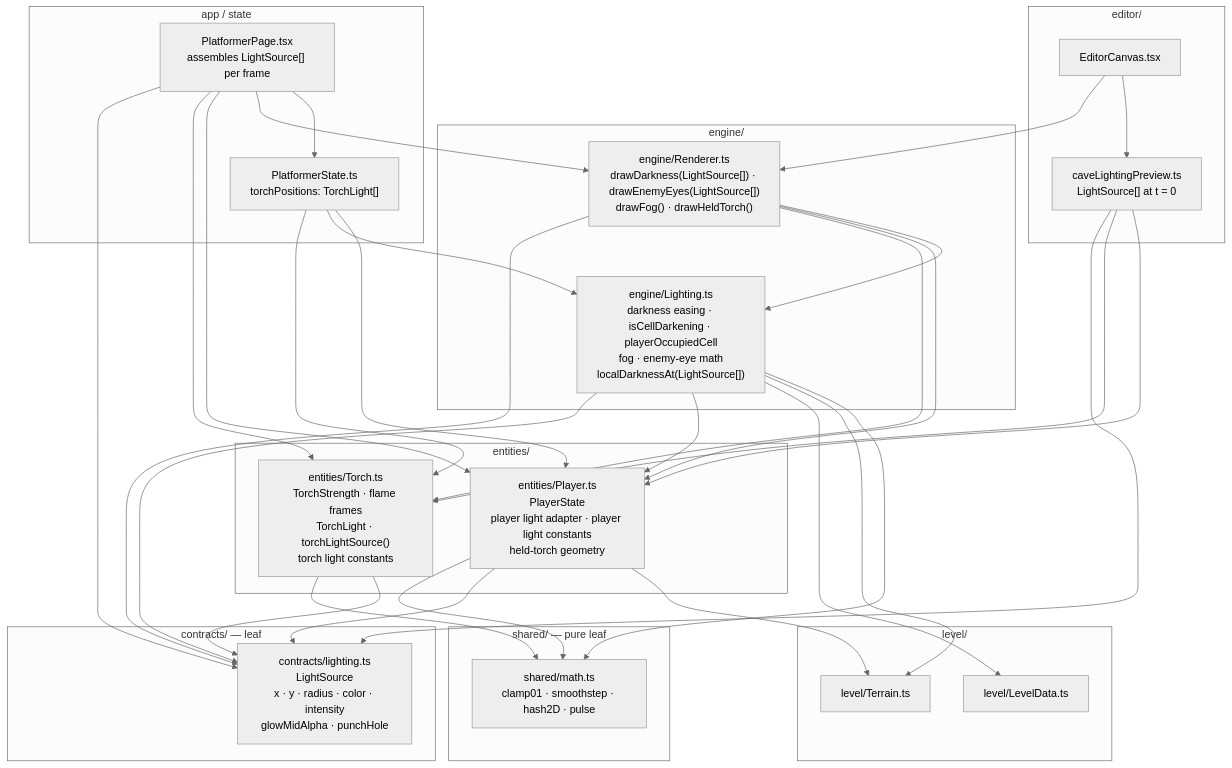
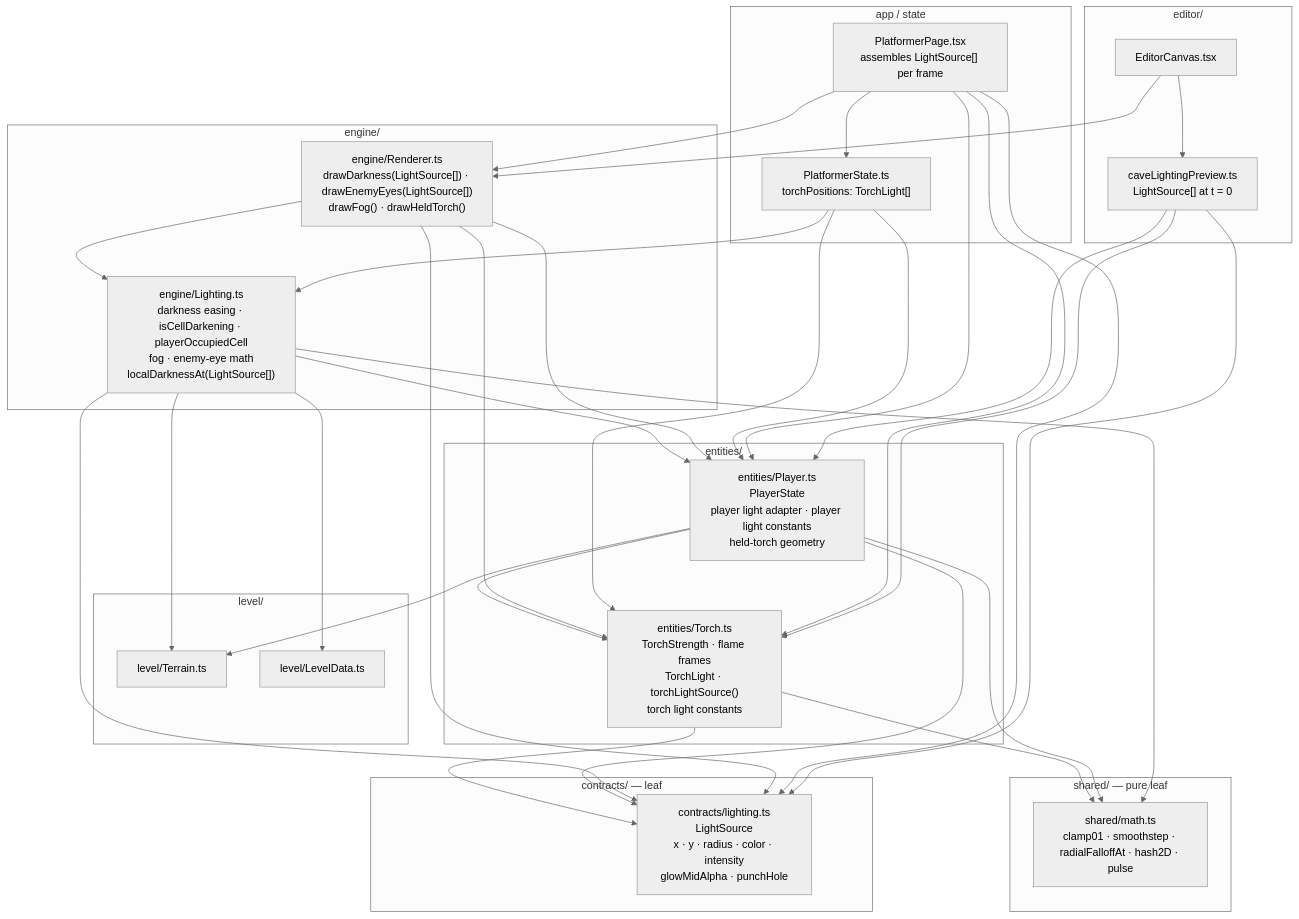
The second of 2 diagrams in specs/R-003-platformer-abstract-light-sources/lighting-dependencies.md (garcipat/cv-website), drawn with Mermaid (neutral theme) before and after one commit. The commit also changed other lines of this file and 26 other files, not shown here.

First line of the commit message:
R-003: abstract light sources (one LightSource list, torch/player adapters)

````diff
--- a/specs/R-003-platformer-abstract-light-sources/lighting-dependencies.md
+++ b/specs/R-003-platformer-abstract-light-sources/lighting-dependencies.md
@@ -80,63 +80,64 @@
 ```mermaid
 flowchart TB
   subgraph shared["shared/ — pure leaf"]
-    MATH["shared/math.ts<br/>clamp01 · smoothstep · hash2D · pulse"]
+    MATH["shared/math.ts<br/>clamp01 · smoothstep · radialFalloffAt · hash2D · pulse"]
   end
 
   subgraph contracts["contracts/ — leaf"]
     CLIGHT["contracts/lighting.ts<br/>LightSource<br/>x · y · radius · color · intensity<br/>glowMidAlpha · punchHole"]
   end
 
   subgraph level["level/"]
     TERRAIN["level/Terrain.ts"]
     LDATA["level/LevelData.ts"]
   end
 
   subgraph entities["entities/"]
     TORCH["entities/Torch.ts<br/>TorchStrength · flame frames<br/>TorchLight · torchLightSource()<br/>torch light constants"]
     PLAYER["entities/Player.ts<br/>PlayerState<br/>player light adapter · player light constants<br/>held-torch geometry"]
   end
 
   subgraph engine["engine/"]
     LIGHTING["engine/Lighting.ts<br/>darkness easing · isCellDarkening · playerOccupiedCell<br/>fog · enemy-eye math<br/>localDarknessAt(LightSource[])"]
     RENDERER["engine/Renderer.ts<br/>drawDarkness(LightSource[]) · drawEnemyEyes(LightSource[])<br/>drawFog() · drawHeldTorch()"]
   end
 
   subgraph app["app / state"]
     STATE["PlatformerState.ts<br/>torchPositions: TorchLight[]"]
     PAGE["PlatformerPage.tsx<br/>assembles LightSource[] per frame"]
   end
 
   subgraph editor["editor/"]
     PREVIEW["caveLightingPreview.ts<br/>LightSource[] at t = 0"]
     CANVAS["EditorCanvas.tsx"]
   end
 
   TORCH --> MATH
   TORCH --> CLIGHT
+  PLAYER --> TORCH
   PLAYER --> MATH
   PLAYER --> CLIGHT
   PLAYER --> TERRAIN
   LIGHTING --> CLIGHT
   LIGHTING --> PLAYER
   LIGHTING --> LDATA
   LIGHTING --> TERRAIN
   LIGHTING --> MATH
   RENDERER --> CLIGHT
   RENDERER --> TORCH
   RENDERER --> PLAYER
   RENDERER --> LIGHTING
   STATE --> TORCH
   STATE --> LIGHTING
   STATE --> PLAYER
   PAGE --> CLIGHT
   PAGE --> TORCH
   PAGE --> PLAYER
   PAGE --> RENDERER
   PAGE --> STATE
   PREVIEW --> CLIGHT
   PREVIEW --> TORCH
   PREVIEW --> PLAYER
   CANVAS --> RENDERER
   CANVAS --> PREVIEW
 ```
````
